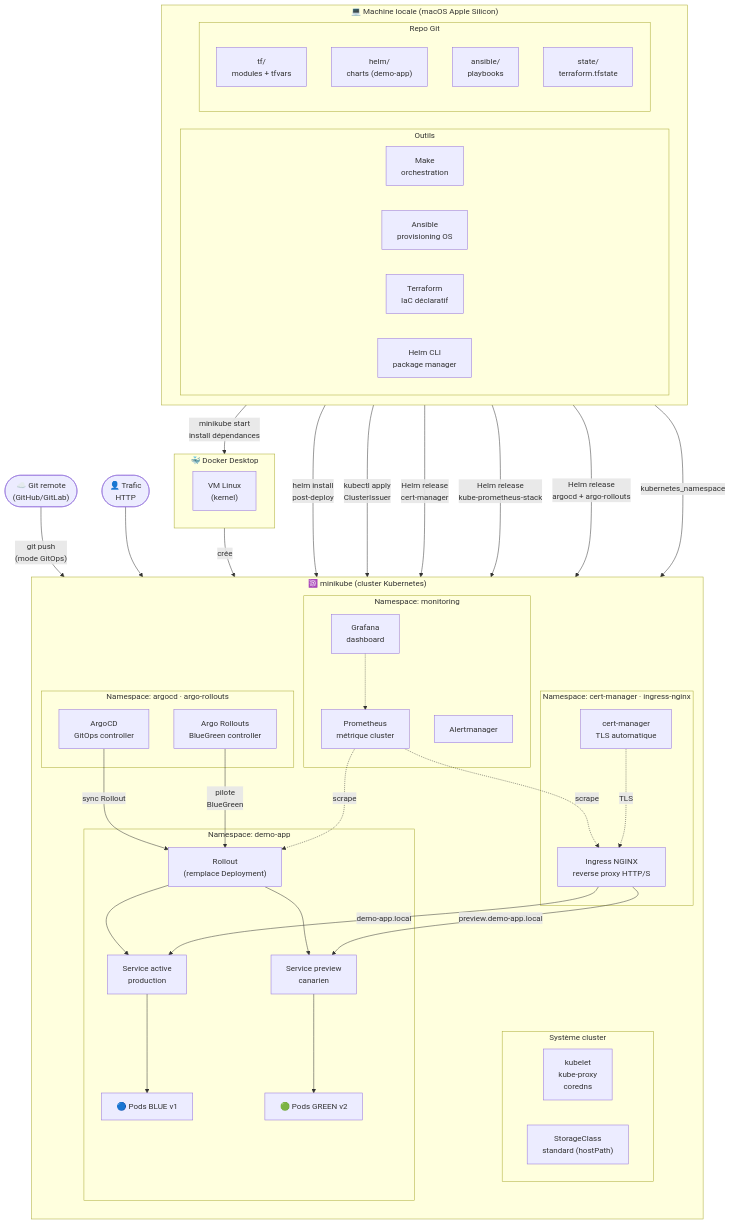
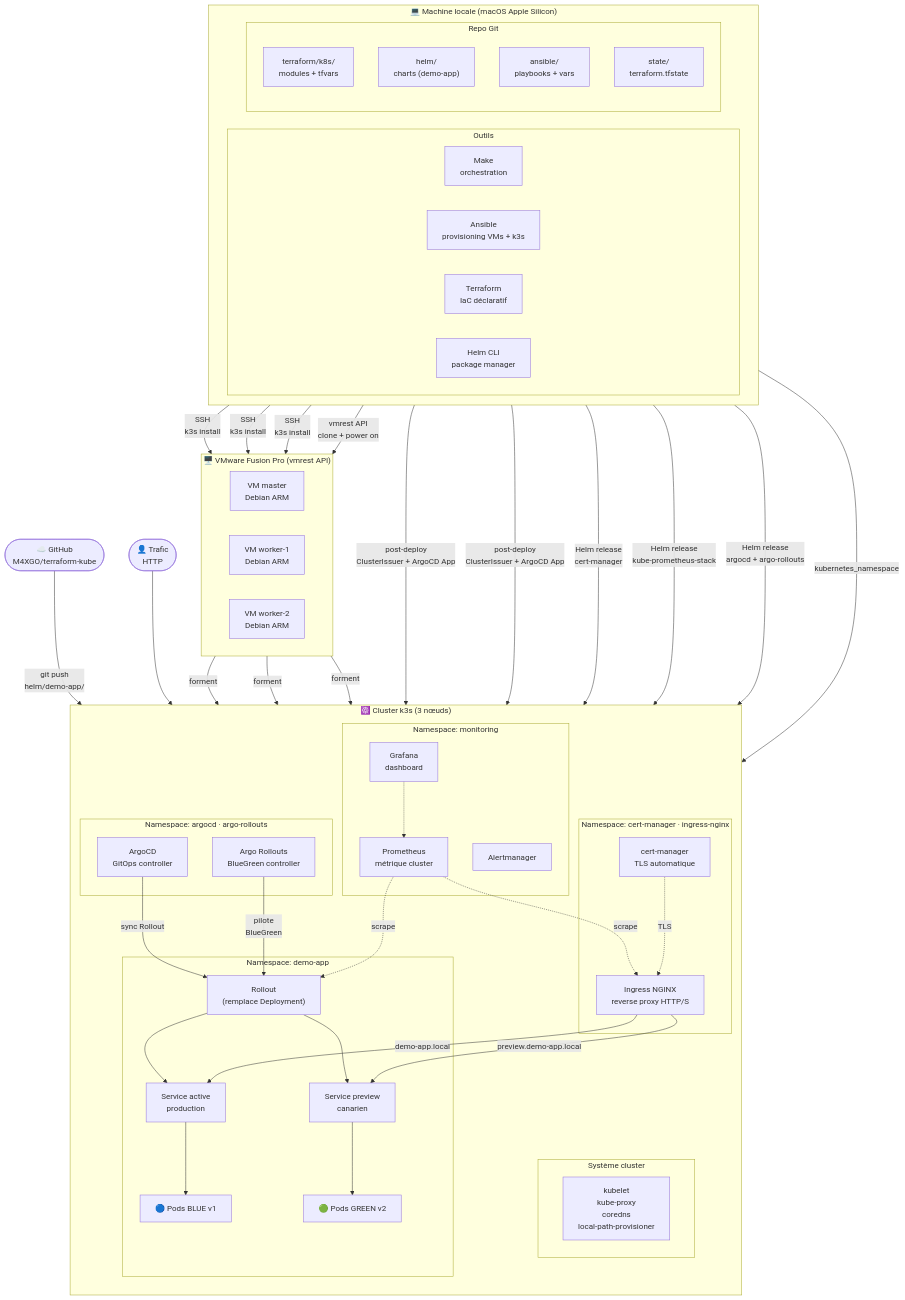
Before and after one commit to M4XGO/terraform-kube: the first of 4 diagrams in ARCHITECTURE.md, drawn with Mermaid. The commit also changed other lines of this file and 1 other file, not shown here.

First line of the commit message:
Update architecture and README for enhanced deployment clarity and GitOps integration

```diff
--- a/ARCHITECTURE.md
+++ b/ARCHITECTURE.md
@@ -10,28 +10,30 @@
         direction LR
         subgraph TOOLS ["Outils"]
             MAKE["Make\norchestration"]
-            ANSIBLE["Ansible\nprovisioning OS"]
+            ANSIBLE["Ansible\nprovisioning VMs + k3s"]
             TF["Terraform\nIaC déclaratif"]
             HELM_CLI["Helm CLI\npackage manager"]
         end
         subgraph REPO ["Repo Git"]
-            TF_DIR["tf/\nmodules + tfvars"]
+            TF_DIR["terraform/k8s/\nmodules + tfvars"]
             HELM_DIR["helm/\ncharts (demo-app)"]
-            ANS_DIR["ansible/\nplaybooks"]
+            ANS_DIR["ansible/\nplaybooks + vars"]
             STATE["state/\nterraform.tfstate"]
         end
     end
 
-    subgraph DOCKER ["🐳 Docker Desktop"]
-        VM["VM Linux\n(kernel)"]
+    subgraph VMWARE ["🖥️ VMware Fusion Pro (vmrest API)"]
+        direction LR
+        VM1["VM master\nDebian ARM"]
+        VM2["VM worker-1\nDebian ARM"]
+        VM3["VM worker-2\nDebian ARM"]
     end
 
-    subgraph MINIKUBE ["☸️ minikube (cluster Kubernetes)"]
+    subgraph K3S ["☸️ Cluster k3s (3 nœuds)"]
         direction TB
 
         subgraph SYS ["Système cluster"]
-            KUBELET["kubelet\nkube-proxy\ncoredns"]
-            CSI["StorageClass\nstandard (hostPath)"]
+            KUBELET["kubelet\nkube-proxy\ncoredns\nlocal-path-provisioner"]
         end
 
         subgraph PLATFORM ["Namespace: cert-manager · ingress-nginx"]
@@ -59,21 +61,23 @@
         end
     end
 
-    GIT_REMOTE(["☁️ Git remote\n(GitHub/GitLab)"])
+    GIT_REMOTE(["☁️ GitHub\nM4XGO/terraform-kube"])
     USER(["👤 Trafic\nHTTP"])
 
-    %% Qui provisionne quoi
-    ANSIBLE -->|"minikube start\ninstall dépendances"| DOCKER
-    DOCKER -->|"crée"| MINIKUBE
+    %% Provisionnement VMs
+    ANSIBLE -->|"vmrest API\nclone + power on"| VMWARE
+    ANSIBLE -->|"SSH\nk3s install"| VM1 & VM2 & VM3
+    VM1 & VM2 & VM3 -->|"forment"| K3S
+
+    %% Déploiement k8s
     TF -->|"Helm release\ncert-manager"| PLATFORM
     TF -->|"Helm release\nkube-prometheus-stack"| MONITORING
     TF -->|"Helm release\nargocd + argo-rollouts"| GITOPS
     TF -->|"kubernetes_namespace"| APP
-    ANSIBLE -->|"helm install\npost-deploy"| ROLLOUT
-    ANSIBLE -->|"kubectl apply\nClusterIssuer"| CERT
+    ANSIBLE -->|"post-deploy\nClusterIssuer + ArgoCD App"| CERT & ARGO
 
     %% GitOps
-    GIT_REMOTE -->|"git push\n(mode GitOps)"| ARGO
+    GIT_REMOTE -->|"git push\nhelm/demo-app/"| ARGO
     ARGO -->|"sync Rollout"| ROLLOUT
     ROLLOUT_CTRL -->|"pilote\nBlueGreen"| ROLLOUT
 
```
